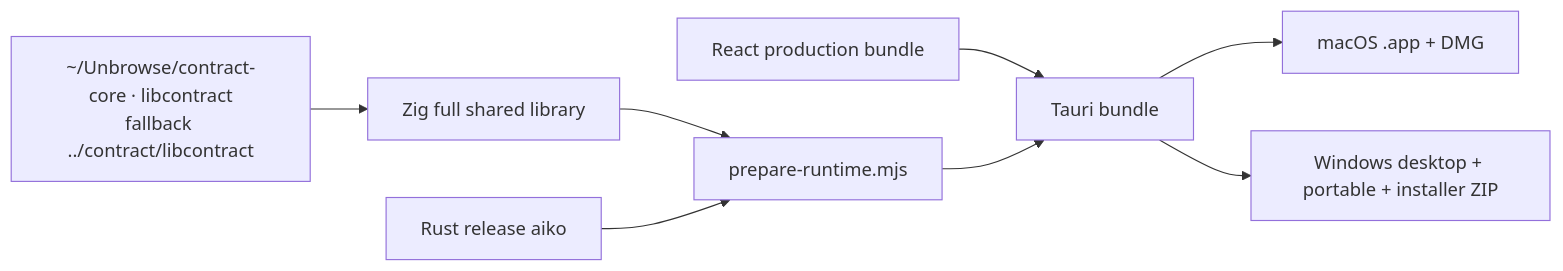
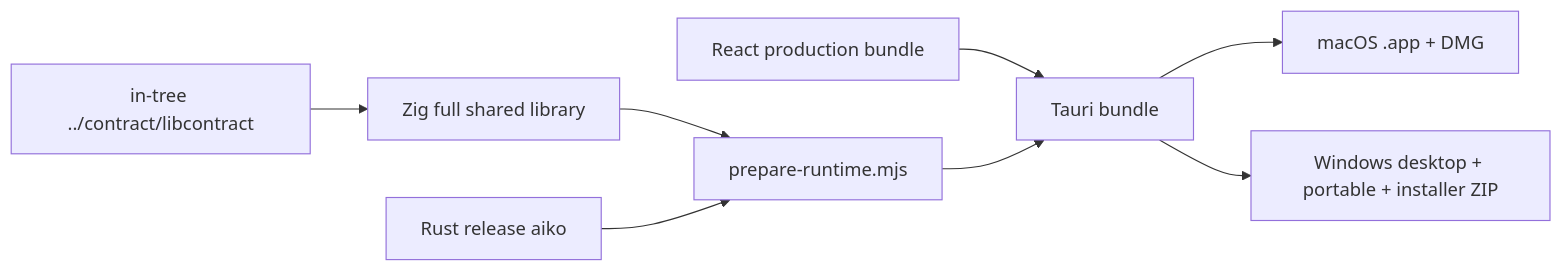
Before and after one commit to lekt9/aiko: the eighth of 8 diagrams in aiko/docs/REPOSITORY-GUIDE.md, drawn with Mermaid. The commit also changed other lines of this file and 160 other files, not shown here.

````diff
--- a/aiko/docs/REPOSITORY-GUIDE.md
+++ b/aiko/docs/REPOSITORY-GUIDE.md
@@ -490,19 +483,19 @@
 ```mermaid
 flowchart LR
-    ContractSrc[~/Unbrowse/contract-core · libcontract<br/>fallback ../contract/libcontract]
+    ContractSrc[in-tree ../contract/libcontract]
     Zig[Zig full shared library]
     Rust[Rust release aiko]
     Web[React production bundle]
     Prep[prepare-runtime.mjs]
     Tauri[Tauri bundle]
     Mac[macOS .app + DMG]
     Win[Windows desktop + portable + installer ZIP]
 
     ContractSrc --> Zig
     Zig --> Prep
     Rust --> Prep
     Web --> Tauri
     Prep --> Tauri
     Tauri --> Mac
     Tauri --> Win
 ```
````
